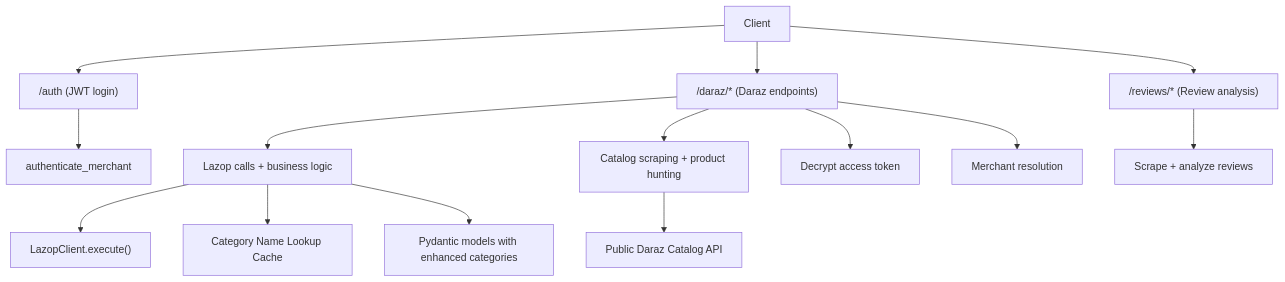
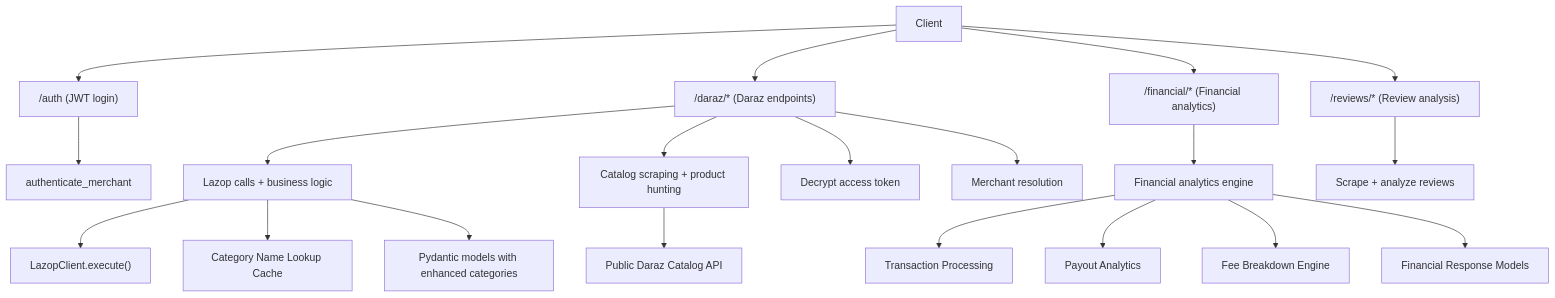
Before and after one commit to Muhammad-Masood/tijarah-ai-backend: the first of 7 diagrams in .qoder/repowiki/en/content/API Reference/Marketplace Integration API/Daraz Integration API.md, drawn with Mermaid. The commit also changed other lines of this file and 14 other files, not shown here.

First line of the commit message:
feat(financial): add comprehensive financial analytics system with multiple endpoints

````diff
--- a/.qoder/repowiki/en/content/API Reference/Marketplace Integration API/Daraz Integration API.md
+++ b/.qoder/repowiki/en/content/API Reference/Marketplace Integration API/Daraz Integration API.md
@@ -59,16 +59,22 @@
 ```mermaid
 graph TB
 Client["Client"] --> AuthRouter["/auth (JWT login)"]
 Client --> DarazRouter["/daraz/* (Daraz endpoints)"]
+Client --> FinancialRouter["/financial/* (Financial analytics)"]
 Client --> ReviewsRouter["/reviews/* (Review analysis)"]
 AuthRouter --> AuthService["authenticate_merchant"]
 DarazRouter --> DarazService["Lazop calls + business logic"]
 DarazRouter --> CatalogService["Catalog scraping + product hunting"]
+FinancialRouter --> FinancialService["Financial analytics engine"]
 ReviewsRouter --> ReviewsService["Scrape + analyze reviews"]
 DarazService --> LazopClient["LazopClient.execute()"]
 DarazService --> CategoryLookup["Category Name Lookup Cache"]
+FinancialService --> TransactionEngine["Transaction Processing"]
+FinancialService --> PayoutAnalyzer["Payout Analytics"]
+FinancialService --> FeeCalculator["Fee Breakdown Engine"]
 CatalogService --> PublicAPI["Public Daraz Catalog API"]
 DarazService --> Models["Pydantic models with enhanced categories"]
+FinancialService --> FinancialModels["Financial Response Models"]
 DarazRouter --> Security["Decrypt access token"]
 DarazRouter --> Dependencies["Merchant resolution"]
 ```
````
